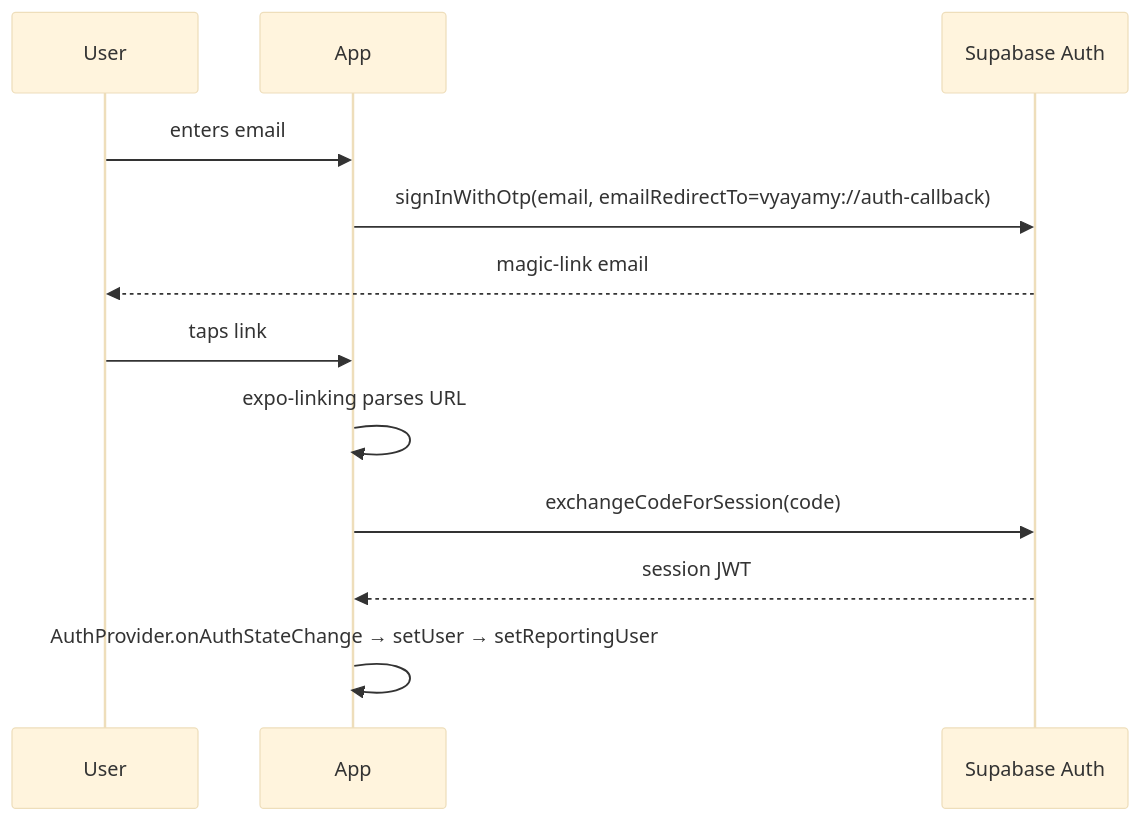
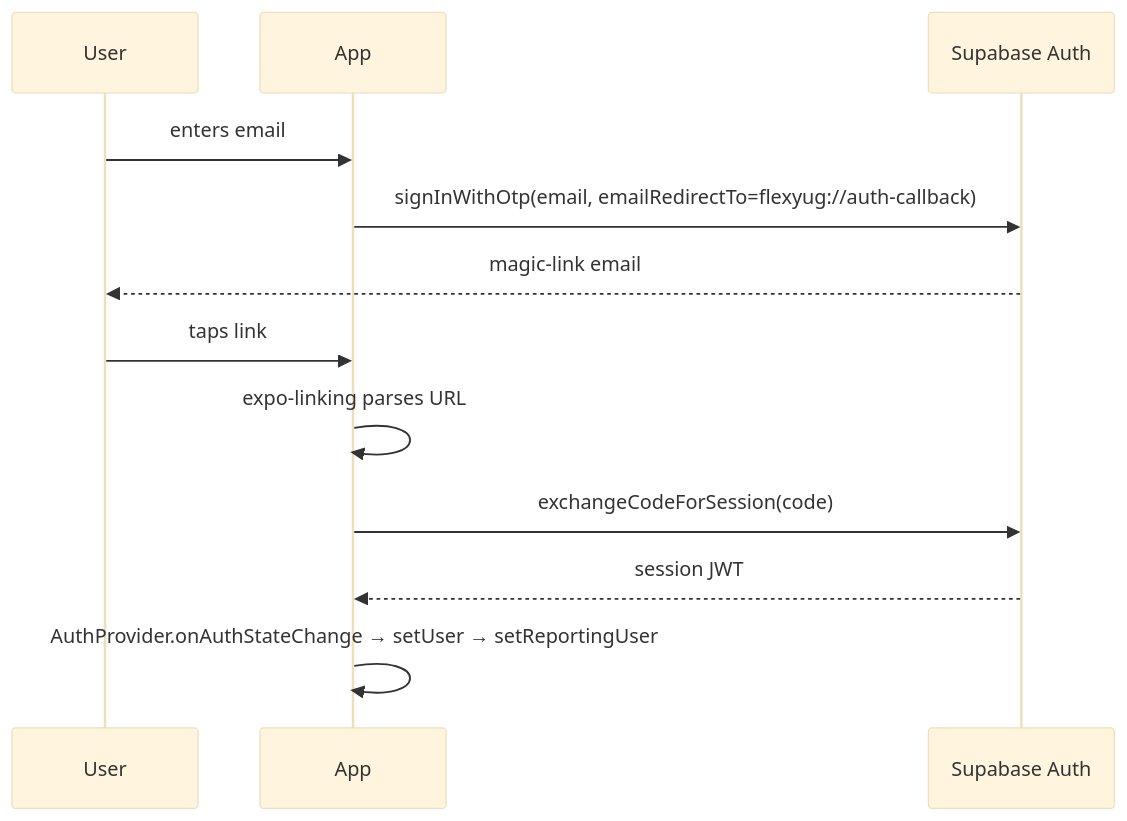
One commit to Nittuz/vyayamy changed the fourth of 4 diagrams in ARCHITECTURE.md. Above: the diagram before and after it, drawn with Mermaid (base theme). The commit also changed other lines of this file and 126 other files, not shown here.

````diff
--- a/ARCHITECTURE.md
+++ b/ARCHITECTURE.md
@@ -301,14 +300,14 @@
 ```mermaid
 sequenceDiagram
   participant U as User
   participant App
   participant SB as Supabase Auth
   U->>App: enters email
-  App->>SB: signInWithOtp(email, emailRedirectTo=vyayamy://auth-callback)
+  App->>SB: signInWithOtp(email, emailRedirectTo=flexyug://auth-callback)
   SB-->>U: magic-link email
   U->>App: taps link
   App->>App: expo-linking parses URL
   App->>SB: exchangeCodeForSession(code)
   SB-->>App: session JWT
   App->>App: AuthProvider.onAuthStateChange → setUser → setReportingUser
 ```
````
